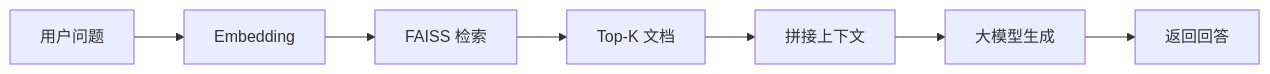
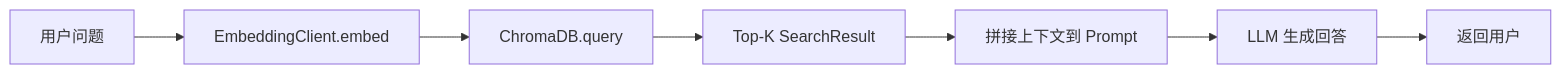
Before and after one commit to PMA213X/bandcode: the diagram in docs/project-report/04-RAG知识库设计.md, drawn with Mermaid. The commit also changed other lines of this file and 13 other files, not shown here.

````diff
--- a/docs/project-report/04-RAG知识库设计.md
+++ b/docs/project-report/04-RAG知识库设计.md
@@ -67,9 +154,9 @@
 ```mermaid
 graph LR
-    A[用户问题] --> B[Embedding]
-    B --> C[FAISS 检索]
-    C --> D[Top-K 文档]
-    D --> E[拼接上下文]
-    E --> F[大模型生成]
-    F --> G[返回回答]
+    A[用户问题] --> B[EmbeddingClient.embed]
+    B --> C[ChromaDB.query]
+    C --> D[Top-K SearchResult]
+    D --> E[拼接上下文到 Prompt]
+    E --> F[LLM 生成回答]
+    F --> G[返回用户]
 ```
````
